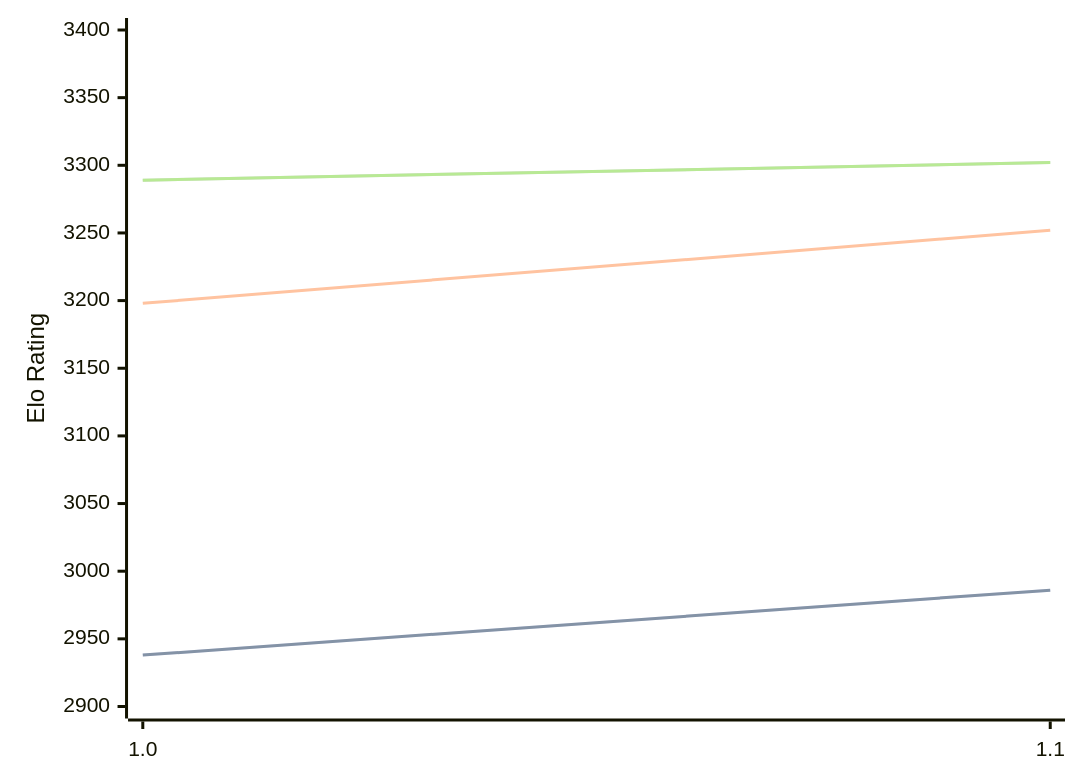
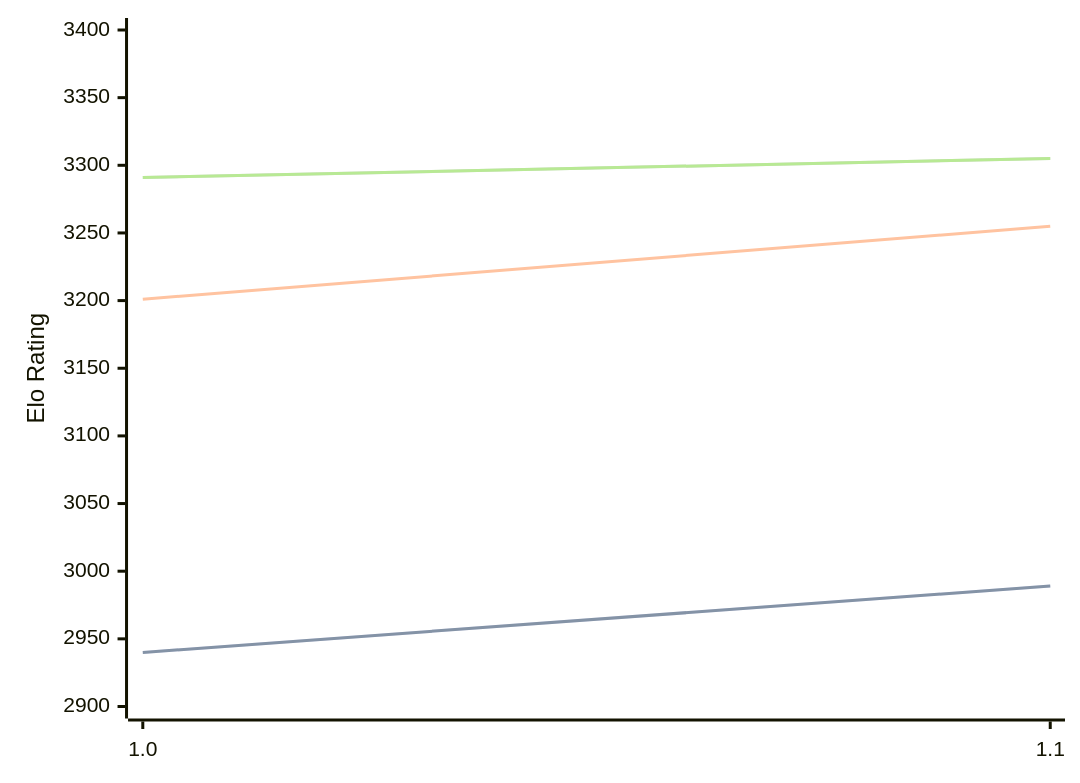
Before and after one commit to computer-chess-index/cci: the diagram in engines/RodentV.md, drawn with Mermaid. The commit also changed other lines of this file, not shown here.

Commit message:
Update CCI Ratings (ELO VLTC) - 2026-09-24

````diff
--- a/engines/RodentV.md
+++ b/engines/RodentV.md
@@ -33,11 +33,11 @@
 ```mermaid
 %%{init: {"theme":"base","themeVariables":{"seriesColors:['#a3a3a3','#222221','#faa371']}}}%%
 xychart-beta
   x-axis ["1.0", "1.1"]
   y-axis "Elo Rating" 2900 --> 3400
-  line "" [2938, 2986]
-  line "STC (8.0+0.08s)" [2938, 2986]
-  line "LTC (60.0+0.60s)" [3198, 3252]
-  line "" [3289, 3302]
-  line "VLTC (2m24s+1.12s)" [3289, 3302]
+  line "" [2940, 2989]
+  line "STC (8.0+0.08s)" [2940, 2989]
+  line "LTC (60.0+0.60s)" [3201, 3255]
+  line "" [3291, 3305]
+  line "VLTC (2m24s+1.12s)" [3291, 3305]
 ```
````
